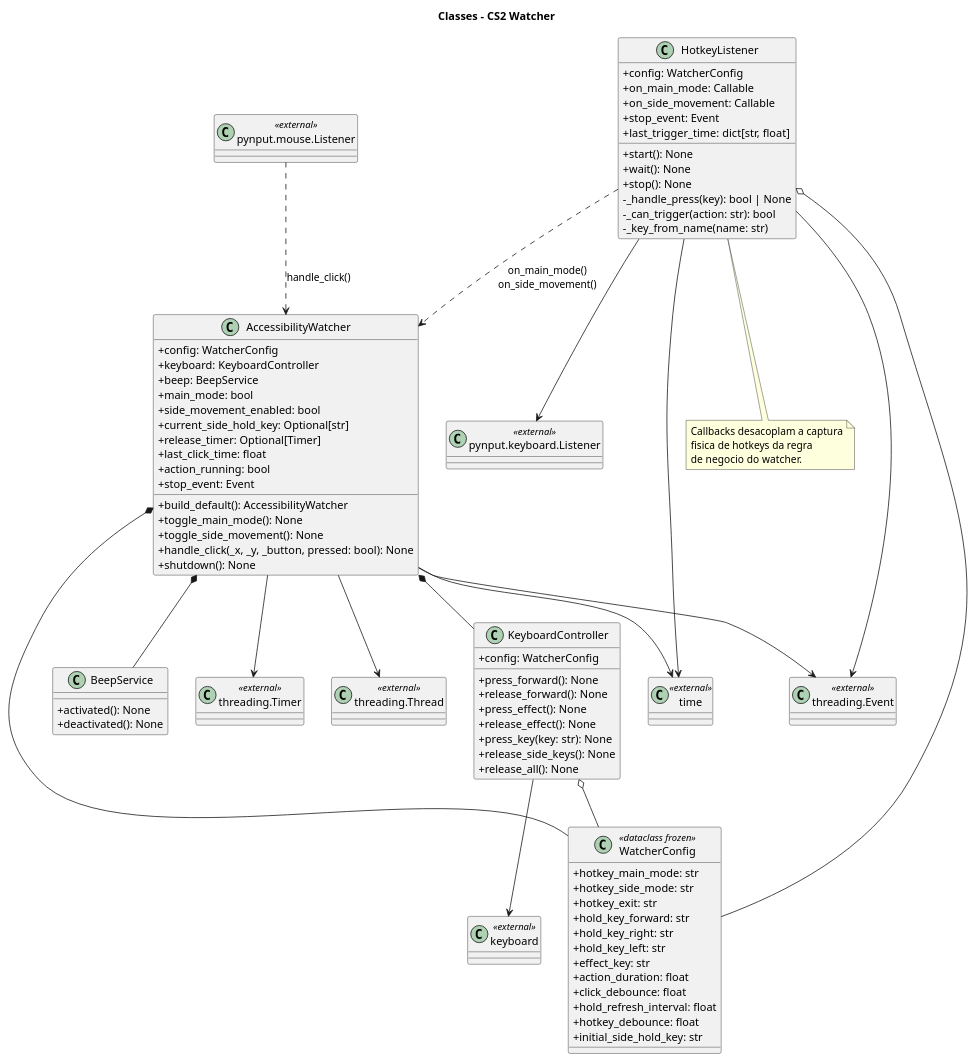
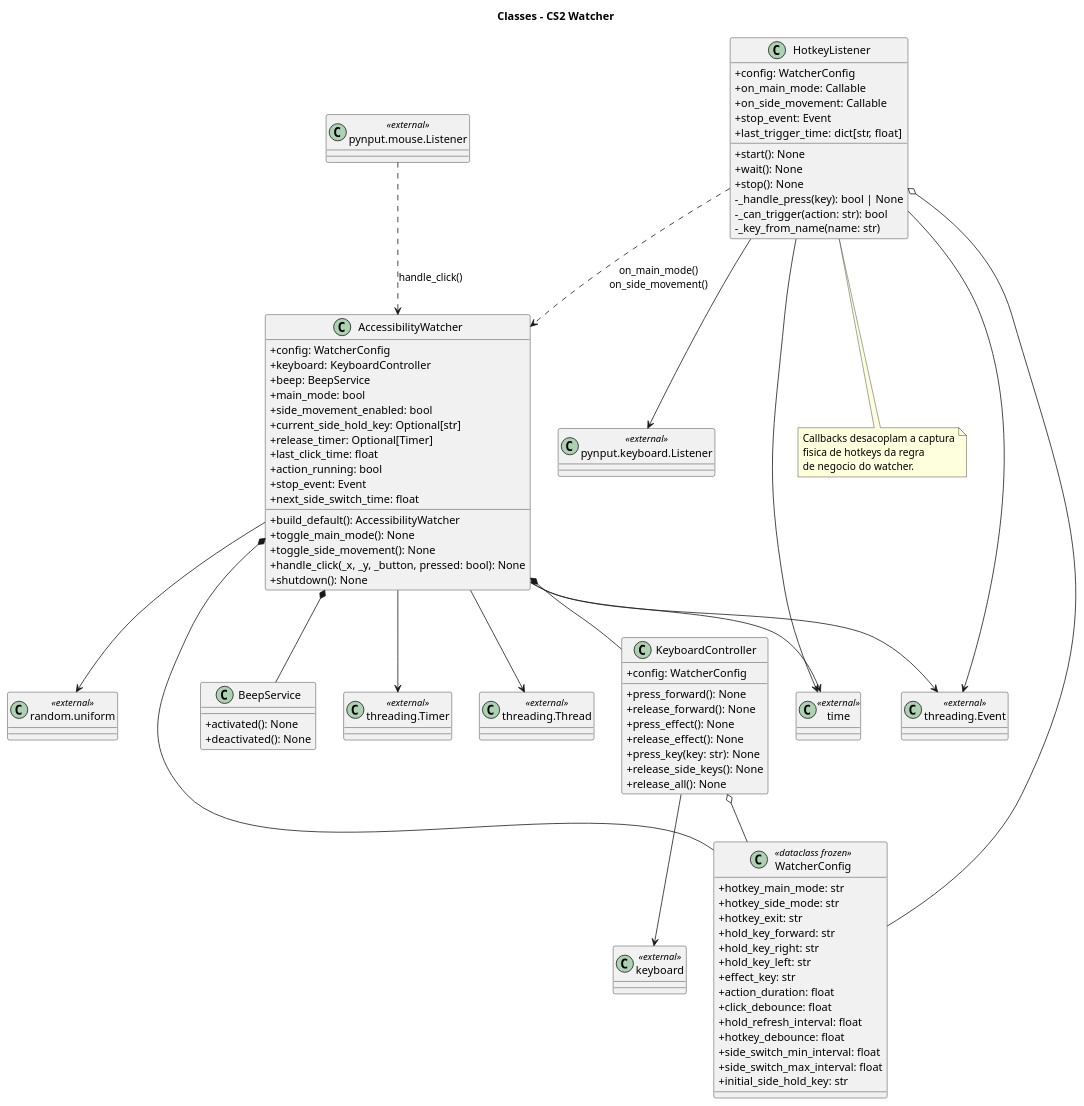
One commit to clesiorki2018/cs2-watcher changed the diagram in docs/classes.puml. Above: the diagram before and after it, drawn with PlantUML. The commit also changed 16 other files, not shown here.

```diff
--- a/docs/classes.puml
+++ b/docs/classes.puml
@@ -4,102 +4,107 @@
 @startuml
 title Classes - CS2 Watcher
 
 skinparam classAttributeIconSize 0
 
 class WatcherConfig <<dataclass frozen>> {
     +hotkey_main_mode: str
     +hotkey_side_mode: str
     +hotkey_exit: str
     +hold_key_forward: str
     +hold_key_right: str
     +hold_key_left: str
     +effect_key: str
     +action_duration: float
     +click_debounce: float
     +hold_refresh_interval: float
     +hotkey_debounce: float
+    +side_switch_min_interval: float
+    +side_switch_max_interval: float
     +initial_side_hold_key: str
 }
 
 class AccessibilityWatcher {
     +config: WatcherConfig
     +keyboard: KeyboardController
     +beep: BeepService
     +main_mode: bool
     +side_movement_enabled: bool
     +current_side_hold_key: Optional[str]
     +release_timer: Optional[Timer]
     +last_click_time: float
     +action_running: bool
     +stop_event: Event
+    +next_side_switch_time: float
     +build_default(): AccessibilityWatcher
     +toggle_main_mode(): None
     +toggle_side_movement(): None
     +handle_click(_x, _y, _button, pressed: bool): None
     +shutdown(): None
 }
 
 class HotkeyListener {
     +config: WatcherConfig
     +on_main_mode: Callable
     +on_side_movement: Callable
     +stop_event: Event
     +last_trigger_time: dict[str, float]
     +start(): None
     +wait(): None
     +stop(): None
     -_handle_press(key): bool | None
     -_can_trigger(action: str): bool
     -_key_from_name(name: str)
 }
 
 class KeyboardController {
     +config: WatcherConfig
     +press_forward(): None
     +release_forward(): None
     +press_effect(): None
     +release_effect(): None
     +press_key(key: str): None
     +release_side_keys(): None
     +release_all(): None
 }
 
 class BeepService {
     +activated(): None
     +deactivated(): None
 }
 
 class "pynput.mouse.Listener" as MouseListener <<external>>
 class "pynput.keyboard.Listener" as KeyboardListener <<external>>
 class "keyboard" as KeyboardLib <<external>>
 class "threading.Timer" as Timer <<external>>
 class "threading.Thread" as Thread <<external>>
 class "threading.Event" as Event <<external>>
 class "time" as TimeLib <<external>>
+class "random.uniform" as RandomUniform <<external>>
 
 AccessibilityWatcher *-- WatcherConfig
 AccessibilityWatcher *-- KeyboardController
 AccessibilityWatcher *-- BeepService
 AccessibilityWatcher --> Timer
 AccessibilityWatcher --> Thread
 AccessibilityWatcher --> Event
 AccessibilityWatcher --> TimeLib
+AccessibilityWatcher --> RandomUniform
 
 HotkeyListener o-- WatcherConfig
 HotkeyListener --> KeyboardListener
 HotkeyListener --> Event
 HotkeyListener --> TimeLib
 HotkeyListener ..> AccessibilityWatcher : on_main_mode()\non_side_movement()
 
 KeyboardController o-- WatcherConfig
 KeyboardController --> KeyboardLib
 
 MouseListener ..> AccessibilityWatcher : handle_click()
 
 note bottom of HotkeyListener
 Callbacks desacoplam a captura
 fisica de hotkeys da regra
 de negocio do watcher.
 end note
 
 @enduml
```
